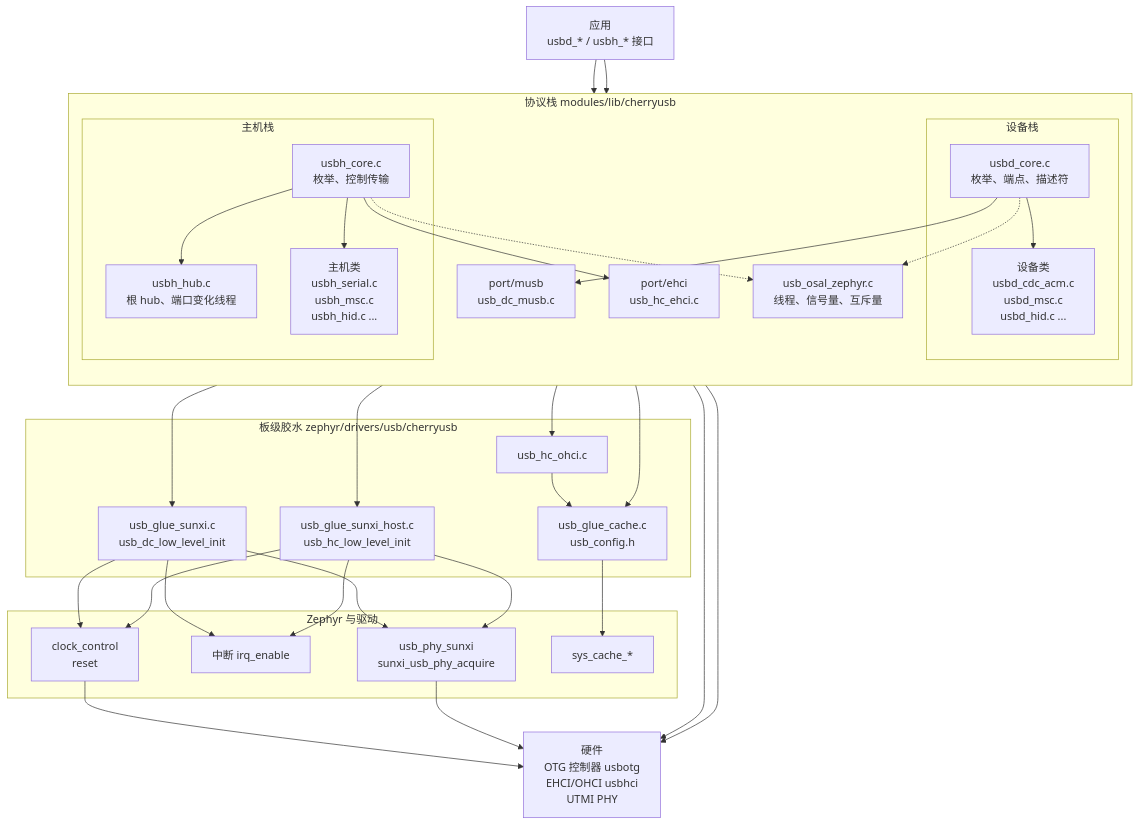
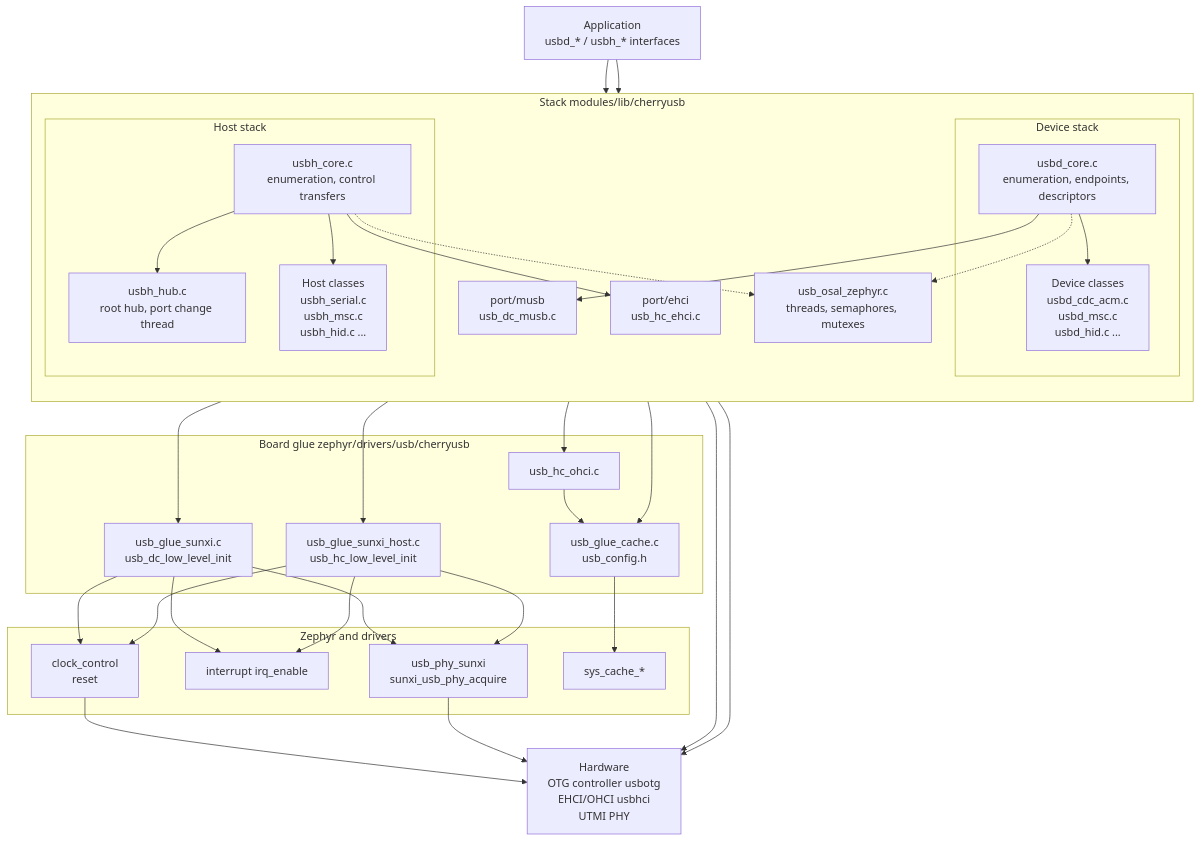
Before and after one commit to YuzukiHD/YuzukiNeko: the first of 3 diagrams in docs/src/content/docs/dev/zephyr/components/cherryusb.md, drawn with Mermaid. The commit also changed other lines of this file and 216 other files, not shown here.

````diff
--- a/docs/src/content/docs/dev/zephyr/components/cherryusb.md
+++ b/docs/src/content/docs/dev/zephyr/components/cherryusb.md
@@ -37,62 +37,62 @@
 ```mermaid
 flowchart TB
-    APP["应用<br/>usbd_* / usbh_* 接口"]
+    APP["Application<br/>usbd_* / usbh_* interfaces"]
 
-    subgraph STACK["协议栈 modules/lib/cherryusb"]
+    subgraph STACK["Stack modules/lib/cherryusb"]
         direction TB
-        subgraph DEV["设备栈"]
-            DCORE["usbd_core.c<br/>枚举、端点、描述符"]
-            DCLS["设备类<br/>usbd_cdc_acm.c<br/>usbd_msc.c<br/>usbd_hid.c ..."]
+        subgraph DEV["Device stack"]
+            DCORE["usbd_core.c<br/>enumeration, endpoints, descriptors"]
+            DCLS["Device classes<br/>usbd_cdc_acm.c<br/>usbd_msc.c<br/>usbd_hid.c ..."]
         end
-        subgraph HOST["主机栈"]
-            HCORE["usbh_core.c<br/>枚举、控制传输"]
-            HUB["usbh_hub.c<br/>根 hub、端口变化线程"]
-            HCLS["主机类<br/>usbh_serial.c<br/>usbh_msc.c<br/>usbh_hid.c ..."]
+        subgraph HOST["Host stack"]
+            HCORE["usbh_core.c<br/>enumeration, control transfers"]
+            HUB["usbh_hub.c<br/>root hub, port change thread"]
+            HCLS["Host classes<br/>usbh_serial.c<br/>usbh_msc.c<br/>usbh_hid.c ..."]
         end
-        OSAL["usb_osal_zephyr.c<br/>线程、信号量、互斥量"]
+        OSAL["usb_osal_zephyr.c<br/>threads, semaphores, mutexes"]
         DPORT["port/musb<br/>usb_dc_musb.c"]
         HPORT["port/ehci<br/>usb_hc_ehci.c"]
     end
 
-    subgraph GLUE["板级胶水 zephyr/drivers/usb/cherryusb"]
+    subgraph GLUE["Board glue zephyr/drivers/usb/cherryusb"]
         GD["usb_glue_sunxi.c<br/>usb_dc_low_level_init"]
         GH["usb_glue_sunxi_host.c<br/>usb_hc_low_level_init"]
         OHCI["usb_hc_ohci.c"]
         CACHE["usb_glue_cache.c<br/>usb_config.h"]
     end
 
-    subgraph ZEPHYR["Zephyr 与驱动"]
+    subgraph ZEPHYR["Zephyr and drivers"]
         CLK["clock_control<br/>reset"]
-        IRQ["中断 irq_enable"]
+        IRQ["interrupt irq_enable"]
         PHY["usb_phy_sunxi<br/>sunxi_usb_phy_acquire"]
         DC["sys_cache_*"]
     end
 
-    HW["硬件<br/>OTG 控制器 usbotg<br/>EHCI/OHCI usbhci<br/>UTMI PHY"]
+    HW["Hardware<br/>OTG controller usbotg<br/>EHCI/OHCI usbhci<br/>UTMI PHY"]
 
     APP --> DCORE
     APP --> HCORE
     DCORE --> DCLS
     HCORE --> HUB
     HCORE --> HCLS
     DCORE --> DPORT
     HCORE --> HPORT
     HPORT --> OHCI
     DCORE -.-> OSAL
     HCORE -.-> OSAL
     DPORT --> GD
     HPORT --> GH
     OHCI --> CACHE
     DPORT --> CACHE
     GD --> CLK
     GD --> IRQ
     GD --> PHY
     GH --> CLK
     GH --> IRQ
     GH --> PHY
     CACHE --> DC
     CLK --> HW
     PHY --> HW
     DPORT --> HW
     HPORT --> HW
 ```
````
